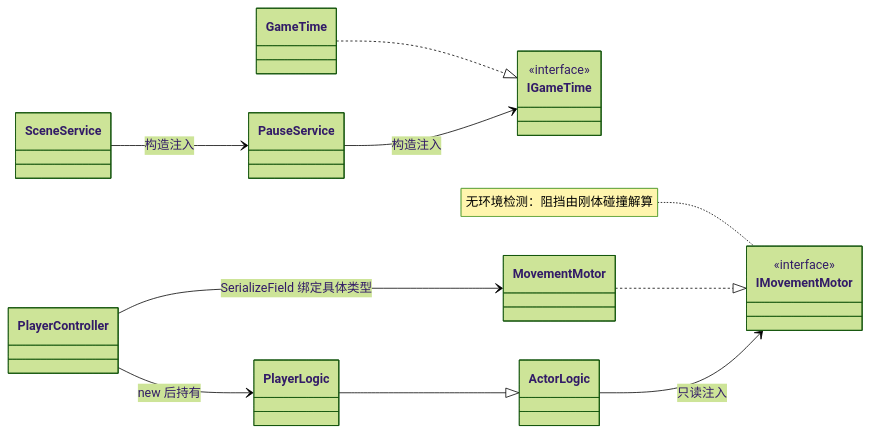
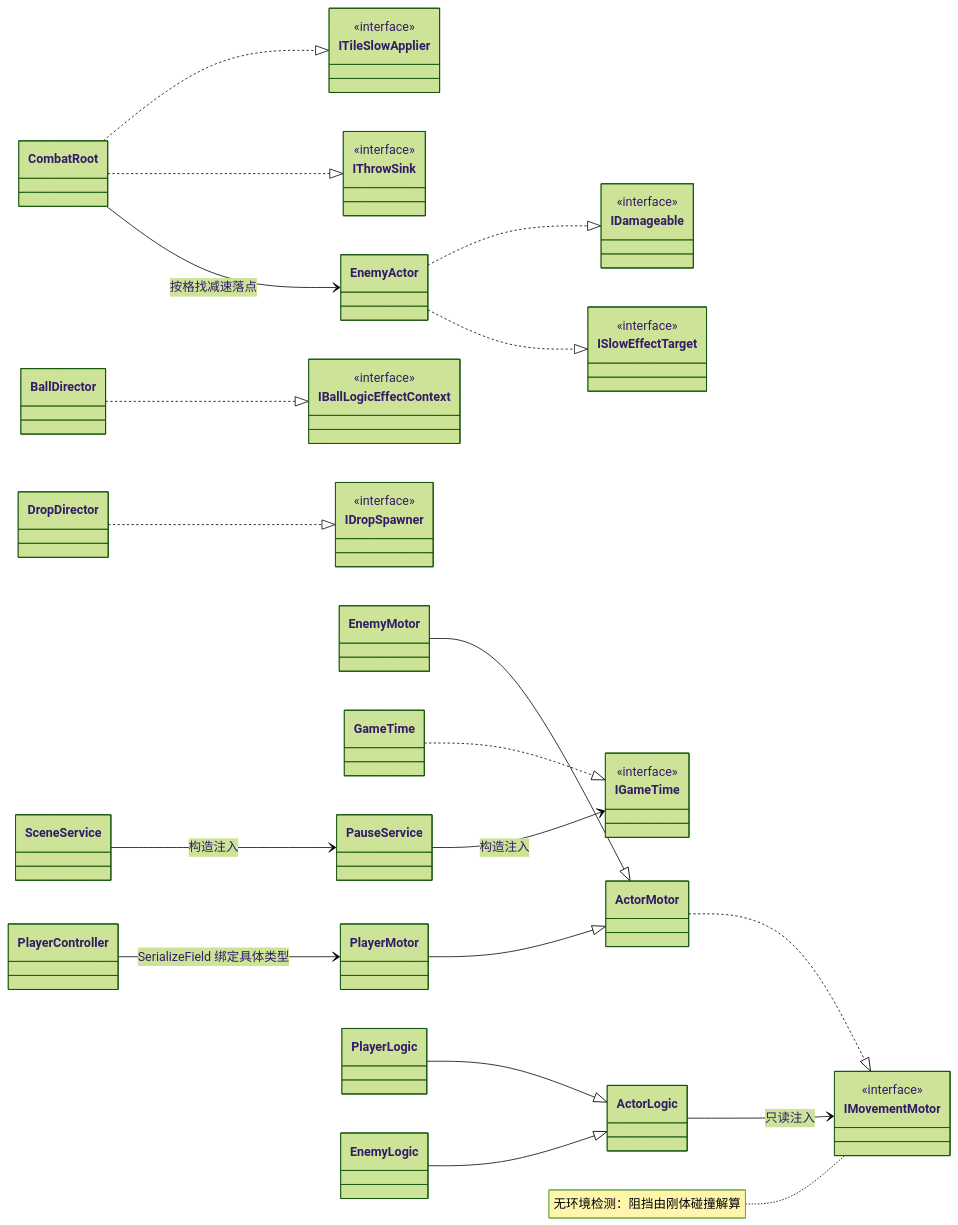
Before and after one commit to 5FYZhou/deepseaoil: the fifth of 16 diagrams in Docs/框架设计/架构图集.md, drawn with Mermaid (forest theme). The commit also changed other lines of this file and 13 other files, not shown here.

````diff
--- a/Docs/框架设计/架构图集.md
+++ b/Docs/框架设计/架构图集.md
@@ -242,26 +271,54 @@
 ```mermaid
 classDiagram
   direction LR
   class IMovementMotor {
     <<interface>>
   }
   class IGameTime {
     <<interface>>
   }
-  class MovementMotor
+  class IDamageable {
+    <<interface>>
+  }
+  class ISlowEffectTarget {
+    <<interface>>
+  }
+  class ITileSlowApplier {
+    <<interface>>
+  }
+  class IThrowSink {
+    <<interface>>
+  }
+  class IBallLogicEffectContext {
+    <<interface>>
+  }
+  class IDropSpawner {
+    <<interface>>
+  }
+  class ActorMotor
+  class PlayerMotor
+  class EnemyMotor
   class GameTime
-  class ActorLogic
-  class PlayerLogic
-  class PlayerController
-  class PauseService
-  class SceneService
-  MovementMotor ..|> IMovementMotor
+  class EnemyActor
+  class CombatRoot
+  class BallDirector
+  class DropDirector
+  ActorMotor ..|> IMovementMotor
+  PlayerMotor --|> ActorMotor
+  EnemyMotor --|> ActorMotor
   GameTime ..|> IGameTime
-  PlayerLogic --|> ActorLogic
-  ActorLogic --> IMovementMotor : 只读注入
-  PlayerController --> MovementMotor : SerializeField 绑定具体类型
-  PlayerController --> PlayerLogic : new 后持有
+  EnemyActor ..|> IDamageable
+  EnemyActor ..|> ISlowEffectTarget
+  CombatRoot ..|> ITileSlowApplier
+  CombatRoot ..|> IThrowSink
+  BallDirector ..|> IBallLogicEffectContext
+  DropDirector ..|> IDropSpawner
+  PlayerController --> PlayerMotor : SerializeField 绑定具体类型
+  CombatRoot --> EnemyActor : 按格找减速落点
   PauseService --> IGameTime : 构造注入
   SceneService --> PauseService : 构造注入
+  ActorLogic --> IMovementMotor : 只读注入
+  PlayerLogic --|> ActorLogic
+  EnemyLogic --|> ActorLogic
   note for IMovementMotor "无环境检测：阻挡由刚体碰撞解算"
 ```
````
